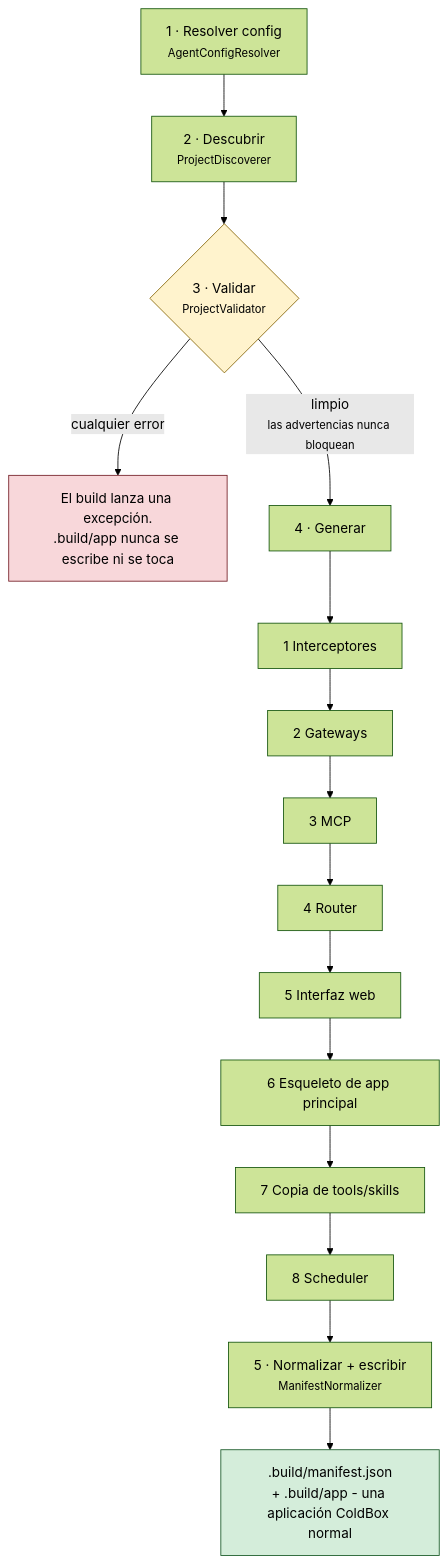
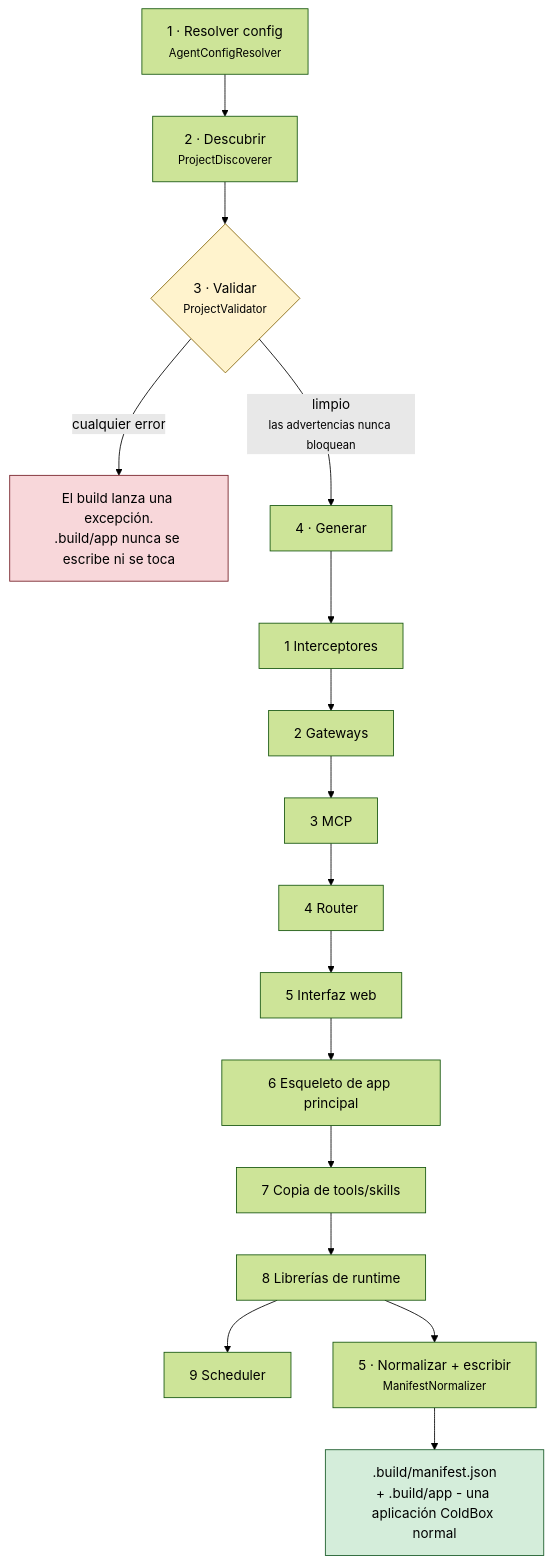
The diagram in docs/versions/1.0.x/i18n/es/build-pipeline.md (ortus-boxlang/bx-agents), drawn with Mermaid (forest theme) before and after one commit. The commit also changed other lines of this file and 57 other files, not shown here.

````diff
--- a/docs/versions/1.0.x/i18n/es/build-pipeline.md
+++ b/docs/versions/1.0.x/i18n/es/build-pipeline.md
@@ -13,15 +13,15 @@
 ```mermaid
 flowchart TD
     A["1 · Resolver config<br/><small>AgentConfigResolver</small>"] --> B["2 · Descubrir<br/><small>ProjectDiscoverer</small>"]
     B --> C{"3 · Validar<br/><small>ProjectValidator</small>"}
     C -->|"cualquier error"| X["El build lanza una excepción.<br/>.build/app nunca se escribe ni se toca"]
     C -->|"limpio<br/><small>las advertencias nunca bloquean</small>"| D["4 · Generar"]
     D --> D1["1 Interceptores"] --> D2["2 Gateways"] --> D3["3 MCP"] --> D4["4 Router"]
-    D4 --> D5["5 Interfaz web"] --> D6["6 Esqueleto de app principal"] --> D7["7 Copia de tools/skills"] --> D8["8 Scheduler"]
+    D4 --> D5["5 Interfaz web"] --> D6["6 Esqueleto de app principal"] --> D7["7 Copia de tools/skills"] --> D8["8 Librerías de runtime"] --> D9["9 Scheduler"]
     D8 --> E["5 · Normalizar + escribir<br/><small>ManifestNormalizer</small>"]
     E --> F[".build/manifest.json<br/>+ .build/app - una aplicación ColdBox normal"]
 
     style C fill:#fff3cd,stroke:#856404
     style X fill:#f8d7da,stroke:#721c24
     style F fill:#d4edda,stroke:#155724
 ```
````
